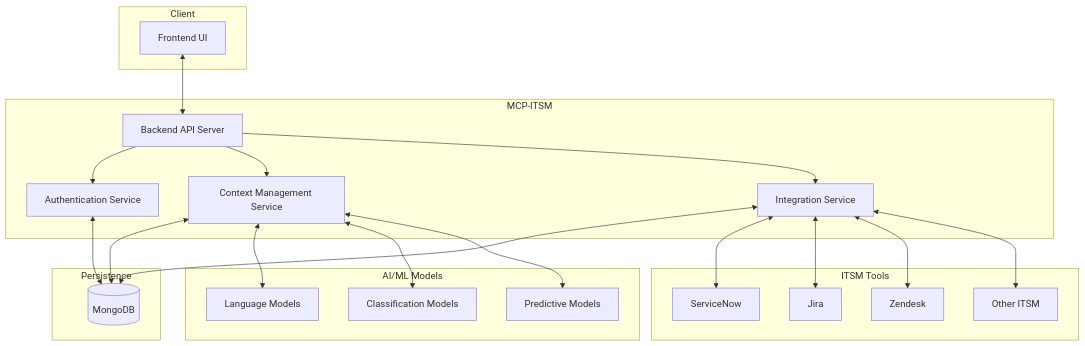
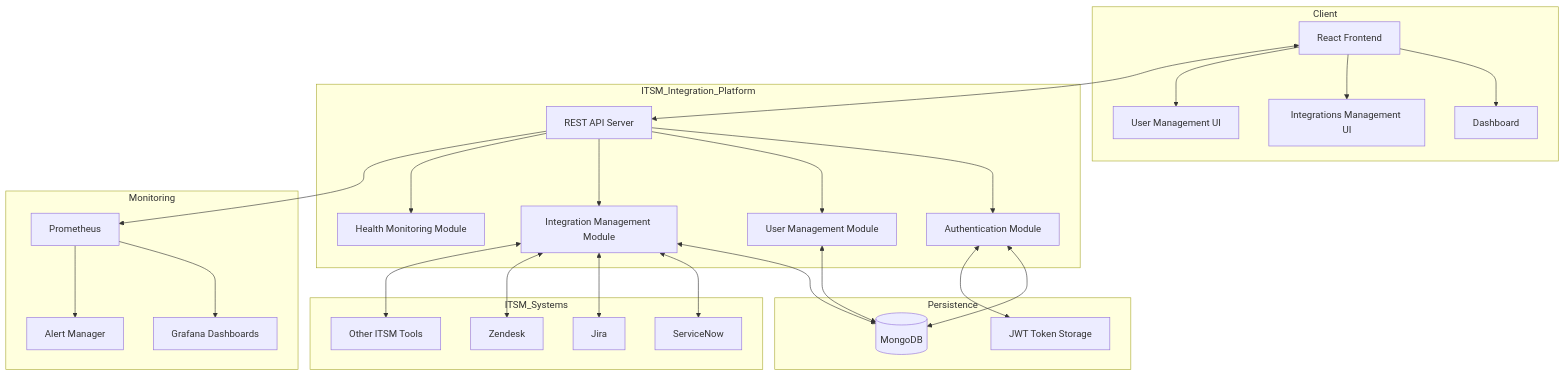
The first of 5 diagrams in diagrams/index.md (madosh/MCP-ITSM), drawn with Mermaid before and after one commit. The commit also changed other lines of this file and 6 other files, not shown here.

Commit message:
Add comprehensive diagrams for ITSM Integration Platform

````diff
--- a/diagrams/index.md
+++ b/diagrams/index.md
@@ -7,48 +7,59 @@
 ```mermaid
 flowchart TB
     subgraph Client
-        UI[Frontend UI]
+        UI[React Frontend]
+        Dashboard[Dashboard]
+        IntegrationsUI[Integrations Management UI]
+        UsersUI[User Management UI]
+        
+        UI --> Dashboard
+        UI --> IntegrationsUI
+        UI --> UsersUI
     end
     
-    subgraph MCP-ITSM
-        API[Backend API Server]
-        AuthService[Authentication Service]
-        ContextService[Context Management Service]
-        IntegrationService[Integration Service]
+    subgraph ITSM_Integration_Platform
+        API[REST API Server]
+        AuthModule[Authentication Module]
+        UserModule[User Management Module]
+        IntegrationModule[Integration Management Module]
+        HealthModule[Health Monitoring Module]
         
-        API --> AuthService
-        API --> ContextService
-        API --> IntegrationService
+        API --> AuthModule
+        API --> UserModule
+        API --> IntegrationModule
+        API --> HealthModule
     end
     
     subgraph Persistence
         MongoDB[(MongoDB)]
+        TokenStorage[JWT Token Storage]
     end
     
-    subgraph ITSM Tools
+    subgraph ITSM_Systems
         ServiceNow[ServiceNow]
         Jira[Jira]
         Zendesk[Zendesk]
-        OtherITSM[Other ITSM]
+        Other[Other ITSM Tools]
+    end
+    
+    subgraph Monitoring
+        Prometheus[Prometheus]
+        Grafana[Grafana Dashboards]
+        AlertManager[Alert Manager]
     end
     
     UI <--> API
-    AuthService <--> MongoDB
-    ContextService <--> MongoDB
-    IntegrationService <--> MongoDB
+    AuthModule <--> MongoDB
+    UserModule <--> MongoDB
+    IntegrationModule <--> MongoDB
+    AuthModule <--> TokenStorage
     
-    IntegrationService <--> ServiceNow
-    IntegrationService <--> Jira
-    IntegrationService <--> Zendesk
-    IntegrationService <--> OtherITSM
+    IntegrationModule <--> ServiceNow
+    IntegrationModule <--> Jira
+    IntegrationModule <--> Zendesk
+    IntegrationModule <--> Other
     
-    subgraph AI/ML Models
-        LLM[Language Models]
-        ClassificationModels[Classification Models]
-        PredictiveModels[Predictive Models]
-    end
-    
-    ContextService <--> LLM
-    ContextService <--> ClassificationModels
-    ContextService <--> PredictiveModels
+    API --> Prometheus
+    Prometheus --> Grafana
+    Prometheus --> AlertManager
 ```
````
